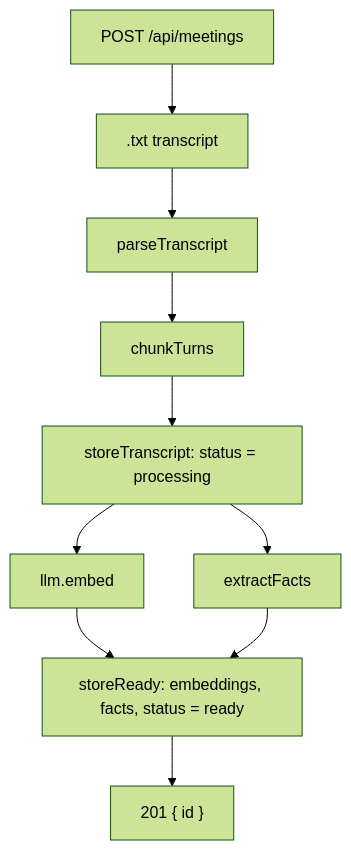
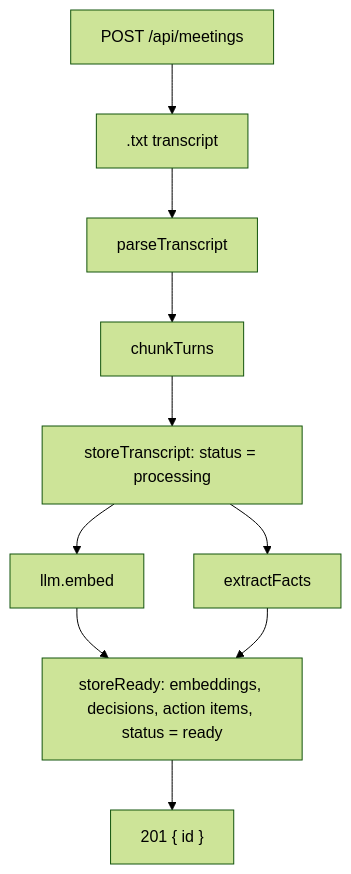
Before and after one commit to adamrefaey/meeting-intelligence: the first of 6 diagrams in docs/flows/ingestion.md, drawn with Mermaid (forest theme). The commit also changed other lines of this file and 3 other files, not shown here.

First line of the commit message:
refactor: update README and documentation for ingestion and retrieval flows

````diff
--- a/docs/flows/ingestion.md
+++ b/docs/flows/ingestion.md
@@ -9,19 +9,19 @@
 ```mermaid
 flowchart TD
   post["POST /api/meetings"]
   upload[".txt transcript"]
   parse["parseTranscript"]
   chunk["chunkTurns"]
   storeTx["storeTranscript: status = processing"]
   embed["llm.embed"]
   extract["extractFacts"]
-  storeReady["storeReady: embeddings, facts, status = ready"]
+  storeReady["storeReady: embeddings, decisions, action items, status = ready"]
   created["201 { id }"]
 
   post --> upload --> parse --> chunk --> storeTx
   storeTx --> embed
   storeTx --> extract
   embed --> storeReady
   extract --> storeReady
   storeReady --> created
 ```
````
